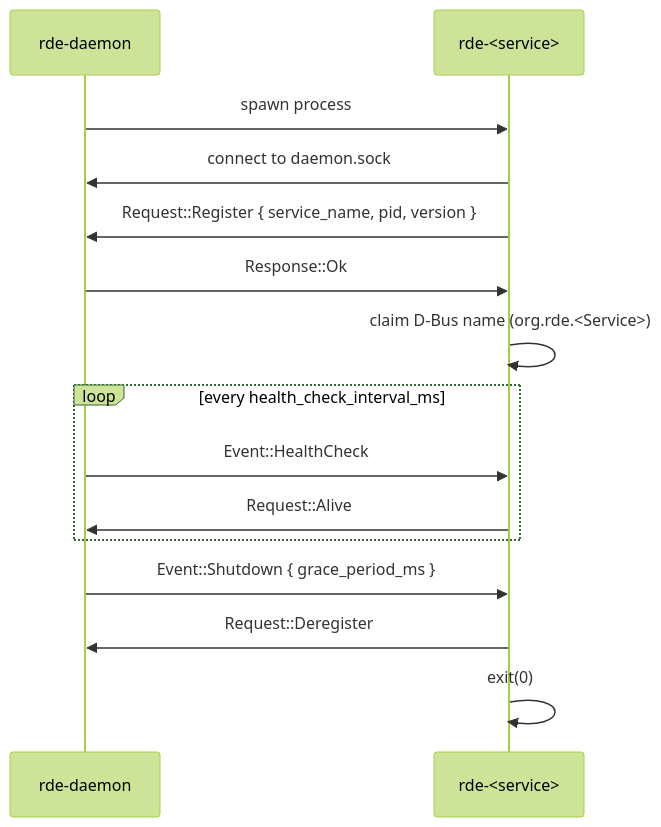
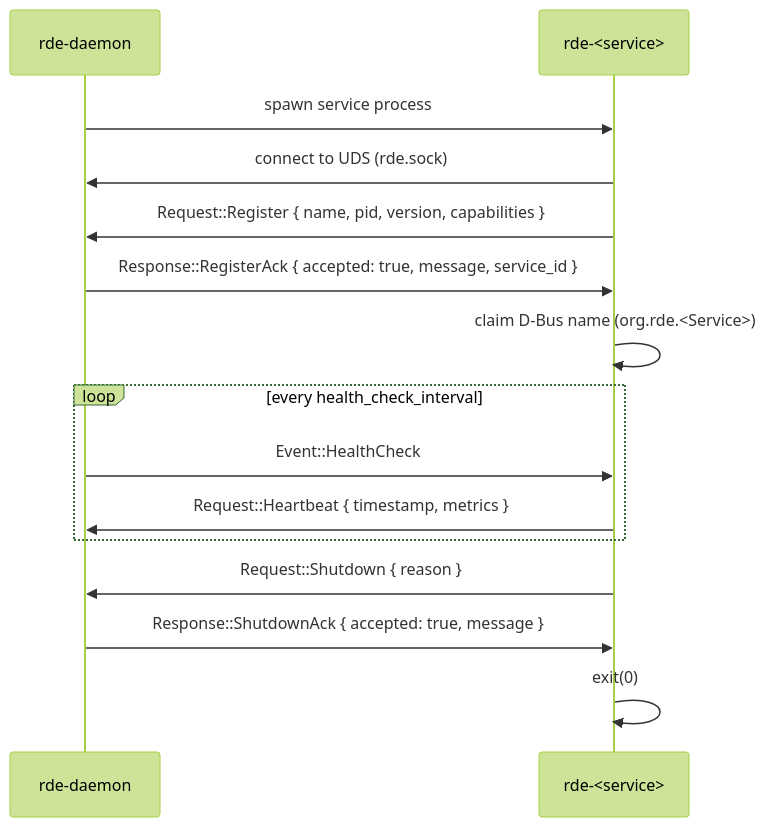
The diagram in docs/ipc-protocol.md (rijum8906/rde), drawn with Mermaid (forest theme) before and after one commit. The commit also changed other lines of this file, not shown here.

````diff
--- a/docs/ipc-protocol.md
+++ b/docs/ipc-protocol.md
@@ -89,18 +124,20 @@
 ```mermaid
 sequenceDiagram
     participant D as rde-daemon
     participant S as rde-<service>
 
-    D->>S: spawn process
-    S->>D: connect to daemon.sock
-    S->>D: Request::Register { service_name, pid, version }
-    D->>S: Response::Ok
+    D->>S: spawn service process
+    S->>D: connect to UDS (rde.sock)
+    S->>D: Request::Register { name, pid, version, capabilities }
+    D->>S: Response::RegisterAck { accepted: true, message, service_id }
     S->>S: claim D-Bus name (org.rde.<Service>)
-    loop every health_check_interval_ms
+
+    loop every health_check_interval
         D->>S: Event::HealthCheck
-        S->>D: Request::Alive
+        S->>D: Request::Heartbeat { timestamp, metrics }
     end
-    D->>S: Event::Shutdown { grace_period_ms }
-    S->>D: Request::Deregister
+
+    S->>D: Request::Shutdown { reason }
+    D->>S: Response::ShutdownAck { accepted: true, message }
     S->>S: exit(0)
 ```
````
